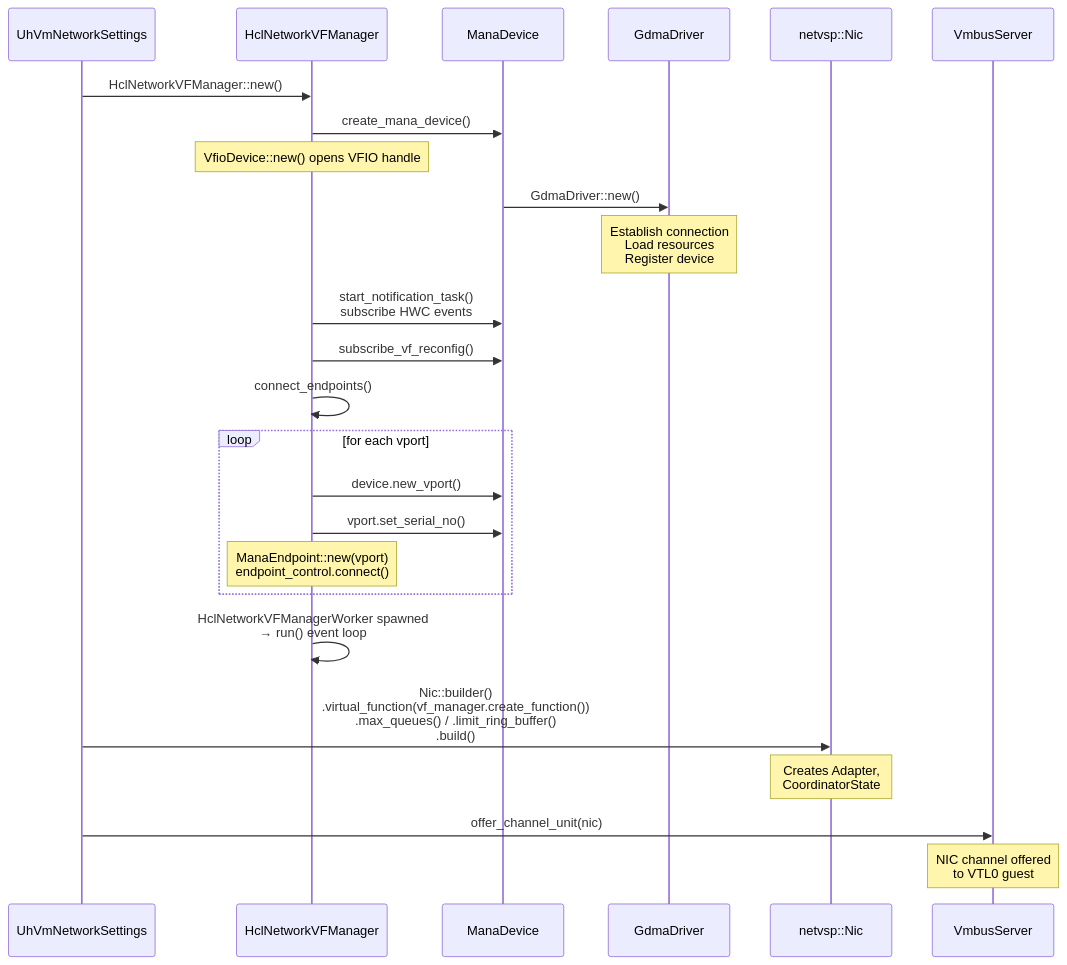
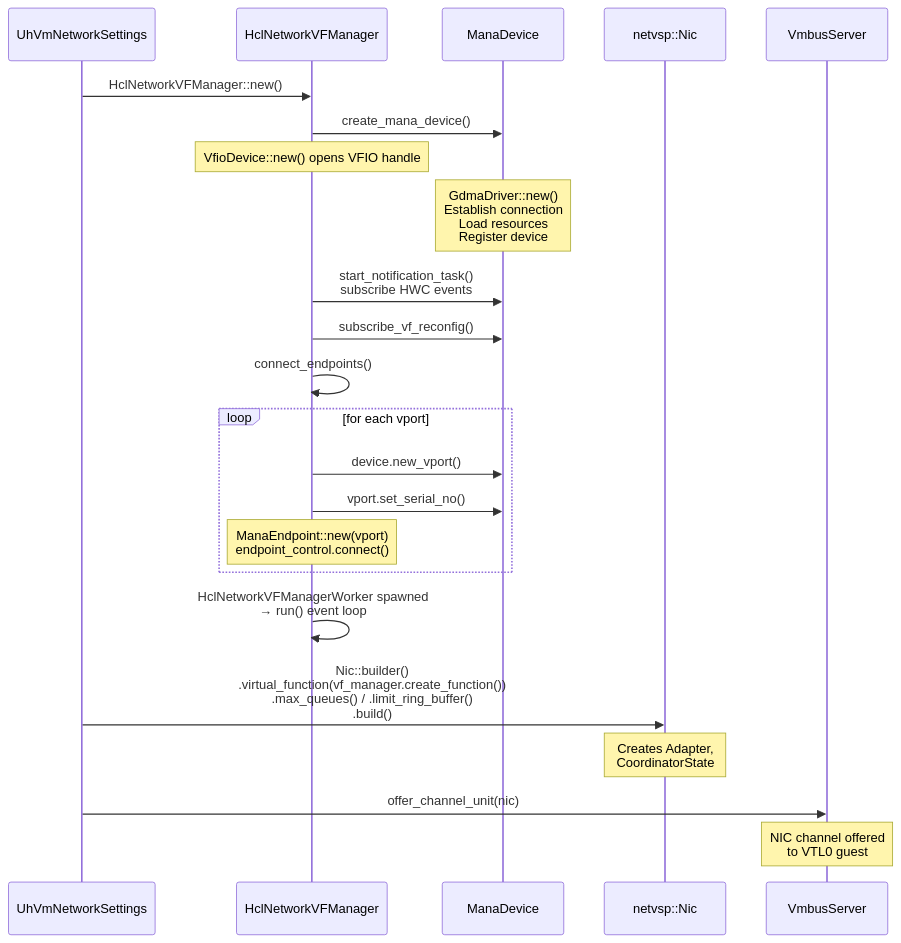
Before and after one commit to ben-zen/openvmm: the first of 6 diagrams in Guide/src/dev_guide/netvsp_mana_lifecycle_diagrams.md, drawn with Mermaid. The commit also changed other lines of this file, not shown here.

````diff
--- a/Guide/src/dev_guide/netvsp_mana_lifecycle_diagrams.md
+++ b/Guide/src/dev_guide/netvsp_mana_lifecycle_diagrams.md
@@ -11,33 +21,31 @@
 ```mermaid
 sequenceDiagram
     participant Worker as UhVmNetworkSettings
     participant VFMgr as HclNetworkVFManager
     participant MANA as ManaDevice
-    participant GDMA as GdmaDriver
     participant NetVSP as netvsp::Nic
     participant VMBus as VmbusServer
 
     Worker->>VFMgr: HclNetworkVFManager::new()
     VFMgr->>MANA: create_mana_device()
     Note over VFMgr: VfioDevice::new() opens VFIO handle
 
-    MANA->>GDMA: GdmaDriver::new()
-    Note over GDMA: Establish connection<br/>Load resources<br/>Register device
+    Note over MANA: GdmaDriver::new()<br/>Establish connection<br/>Load resources<br/>Register device
     VFMgr->>MANA: start_notification_task()<br/>subscribe HWC events
     VFMgr->>MANA: subscribe_vf_reconfig()
 
     VFMgr->>VFMgr: connect_endpoints()
     loop for each vport
         VFMgr->>MANA: device.new_vport()
         VFMgr->>MANA: vport.set_serial_no()
         Note over VFMgr: ManaEndpoint::new(vport)<br/>endpoint_control.connect()
     end
 
     VFMgr->>VFMgr: HclNetworkVFManagerWorker spawned<br/>→ run() event loop
 
     Worker->>NetVSP: Nic::builder()<br/>.virtual_function(vf_manager.create_function())<br/>.max_queues() / .limit_ring_buffer()<br/>.build()
     Note over NetVSP: Creates Adapter,<br/>CoordinatorState
 
     Worker->>VMBus: offer_channel_unit(nic)
     Note over VMBus: NIC channel offered<br/>to VTL0 guest
 ```
````
